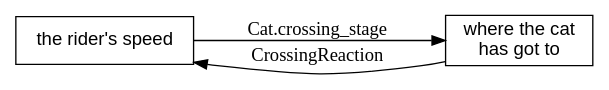
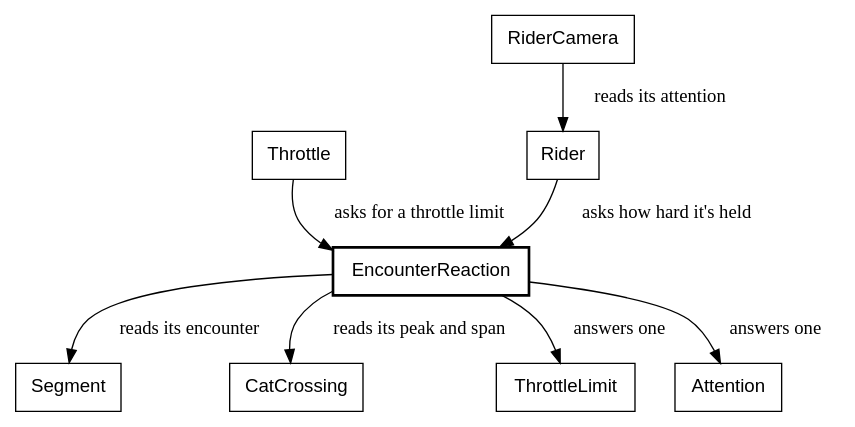
One commit to showell/roc-apps changed diagram 24 of 30 in canvas_apps/safari/tutorial/tutorial.md. Above: the diagram before and after it, drawn with Graphviz. The commit also changed other lines of this file, not shown here.

Commit message:
tutorial: What a cat does to the rider, rewritten around the order inside a step

````diff
--- a/canvas_apps/safari/tutorial/tutorial.md
+++ b/canvas_apps/safari/tutorial/tutorial.md
@@ -2346,10 +2353,13 @@
 ```dot
-digraph reaction_loop {
-  rankdir=LR;
+digraph reaction {
   node [shape=box, fontname="Helvetica"];
-  speed [label="the rider's speed"];
-  cat [label="where the cat\nhas got to"];
-  speed -> cat [label="  Cat.crossing_stage  "];
-  cat -> speed [label="  CrossingReaction  "];
+  EncounterReaction [style=bold];
+  Throttle -> EncounterReaction [label="  asks for a throttle limit"];
+  Rider -> EncounterReaction [label="  asks how hard it's held"];
+  RiderCamera -> Rider [label="  reads its attention"];
+  EncounterReaction -> Segment [label="  reads its encounter"];
+  EncounterReaction -> CatCrossing [label="  reads its peak and span"];
+  EncounterReaction -> ThrottleLimit [label="  answers one"];
+  EncounterReaction -> Attention [label="  answers one"];
 }
 ```
````
